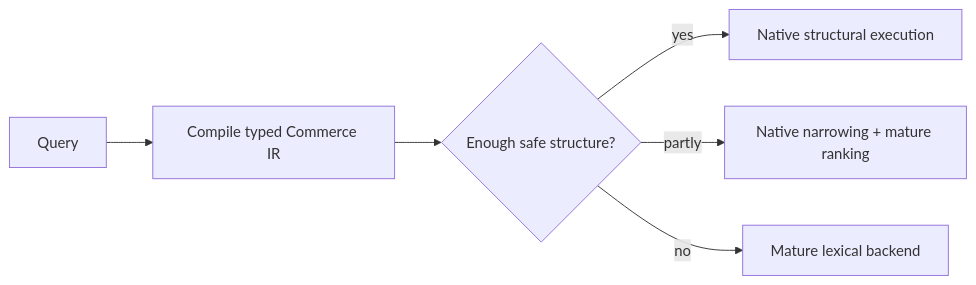
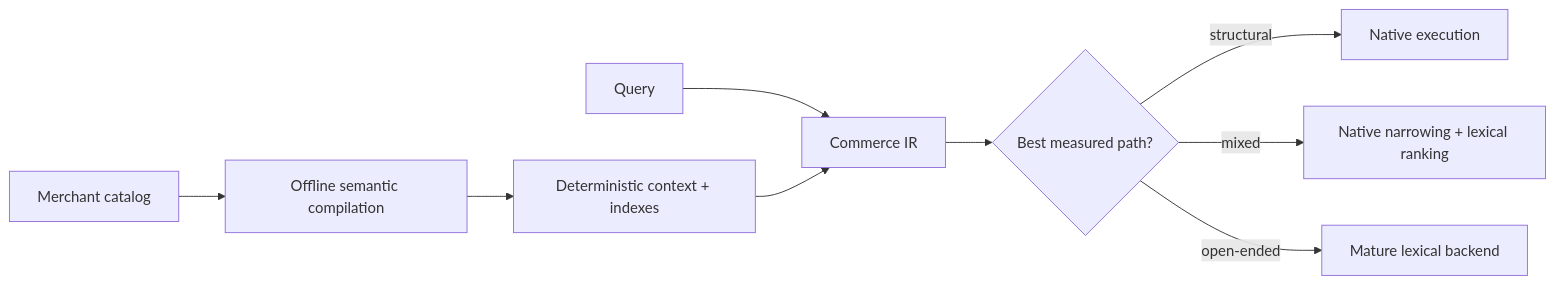
One commit to yangjeep/simple-ecommerce-search-engine changed the first of 2 diagrams in docs/WHY.md. Above: the diagram before and after it, drawn with Mermaid. The commit also changed other lines of this file, not shown here.

````diff
--- a/docs/WHY.md
+++ b/docs/WHY.md
@@ -16,8 +31,11 @@
 ```mermaid
 flowchart LR
-    Q[Query] --> C[Compile typed Commerce IR]
-    C --> A{Enough safe structure?}
-    A -->|yes| N[Native structural execution]
-    A -->|partly| H[Native narrowing + mature ranking]
-    A -->|no| B[Mature lexical backend]
+    C[Merchant catalog] --> O[Offline semantic compilation]
+    O --> I[Deterministic context + indexes]
+    Q[Query] --> IR[Commerce IR]
+    I --> IR
+    IR --> A{Best measured path?}
+    A -->|structural| N[Native execution]
+    A -->|mixed| H[Native narrowing + lexical ranking]
+    A -->|open-ended| B[Mature lexical backend]
 ```
````
